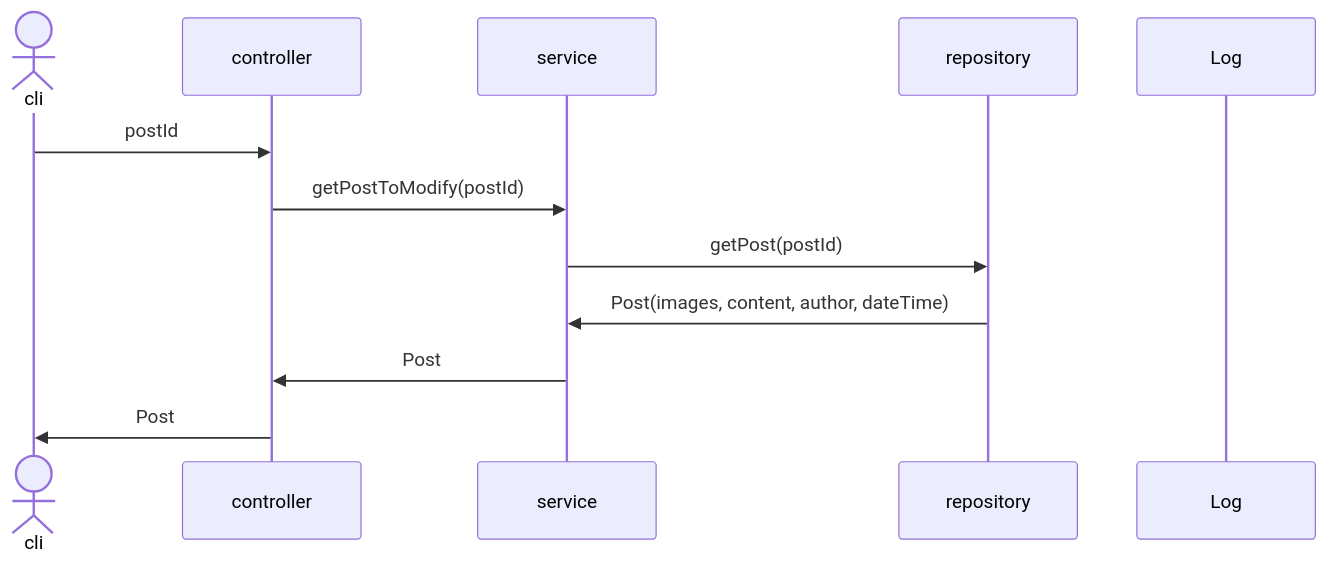
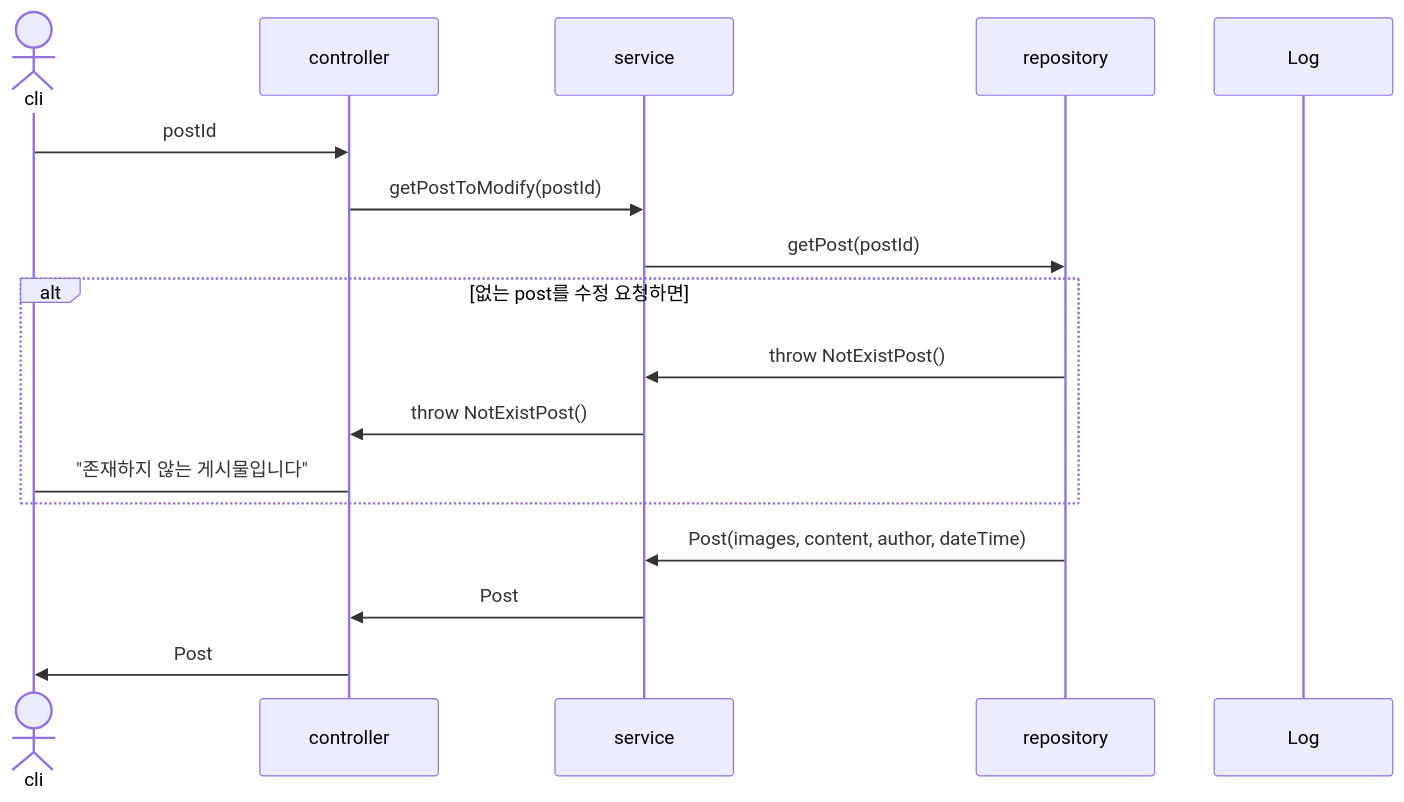
Before and after one commit to mtak0235/snsX: the fourth of 10 diagrams in sequenceDiagram.md, drawn with Mermaid. The commit also changed other lines of this file and 2 other files, not shown here.

````diff
--- a/sequenceDiagram.md
+++ b/sequenceDiagram.md
@@ -66,15 +99,19 @@
 ```mermaid
 sequenceDiagram
 actor cli
 participant c as controller
 participant s as service
 participant r as repository
 participant l as Log
-
 cli->>c: postId
 c->>s: getPostToModify(postId)
 s->>r: getPost(postId)
+alt 없는 post를 수정 요청하면
+r->>s: throw NotExistPost()
+s->>c: throw NotExistPost()
+c->cli: "존재하지 않는 게시물입니다"
+end
 r->>s: Post(images, content, author, dateTime)
 s->>c: Post
 c->>cli: Post
 ```
````
